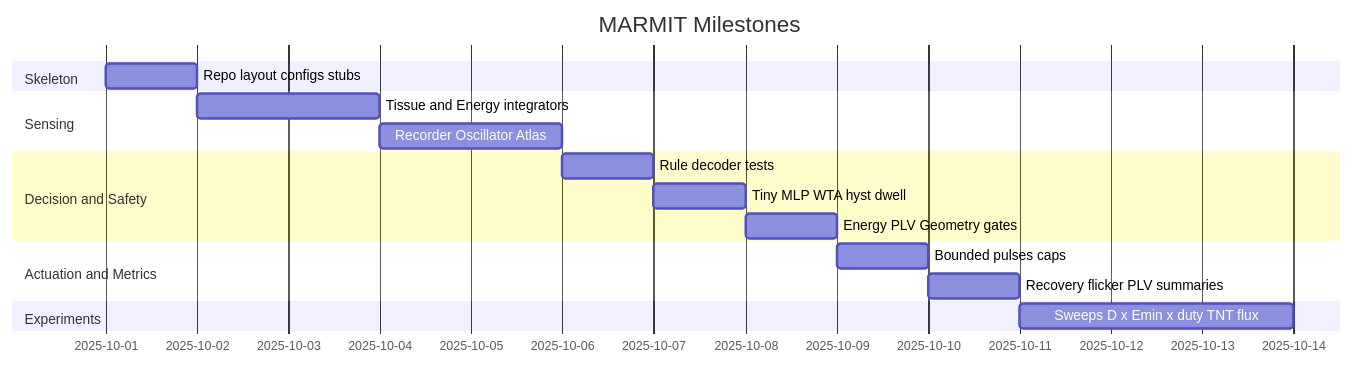
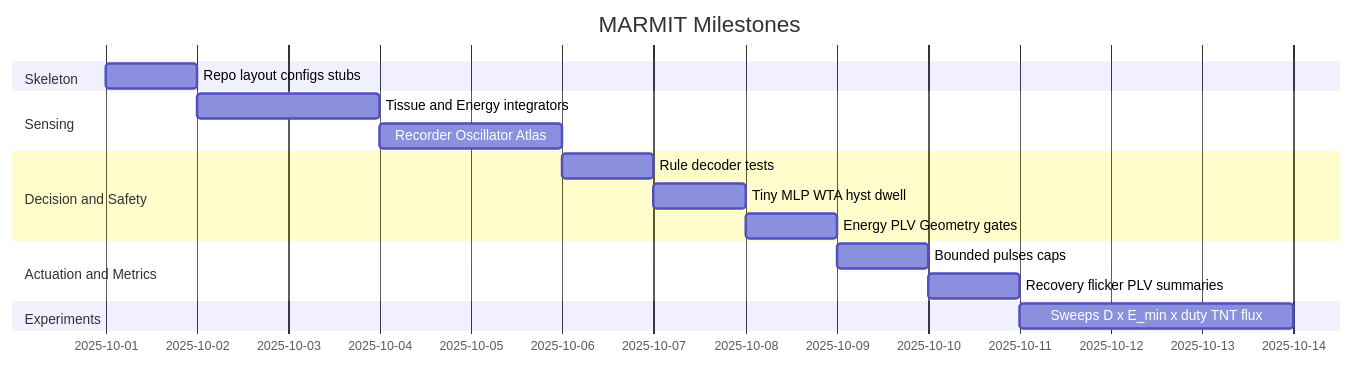
The fourth of 5 diagrams in README.md (declined000/synthetic-switch), drawn with Mermaid before and after one commit. The commit also changed other lines of this file, not shown here.

````diff
--- a/README.md
+++ b/README.md
@@ -157,19 +197,19 @@
 ```mermaid
 gantt
   title MARMIT Milestones
   dateFormat YYYY-MM-DD
   section Skeleton
   Repo layout configs stubs           :m0,  2025-10-01, 1d
   section Sensing
   Tissue and Energy integrators       :m1a, 2025-10-02, 2d
   Recorder Oscillator Atlas           :m1b, 2025-10-04, 2d
   section Decision and Safety
   Rule decoder tests                  :m2a, 2025-10-06, 1d
   Tiny MLP WTA hyst dwell             :m2b, 2025-10-07, 1d
   Energy PLV Geometry gates           :m2c, 2025-10-08, 1d
   section Actuation and Metrics
   Bounded pulses caps                 :m3a, 2025-10-09, 1d
   Recovery flicker PLV summaries      :m3b, 2025-10-10, 1d
   section Experiments
-  Sweeps D x Emin x duty TNT flux     :m4,  2025-10-11, 3d
+  Sweeps D x E_min x duty TNT flux    :m4,  2025-10-11, 3d
 ```
````
